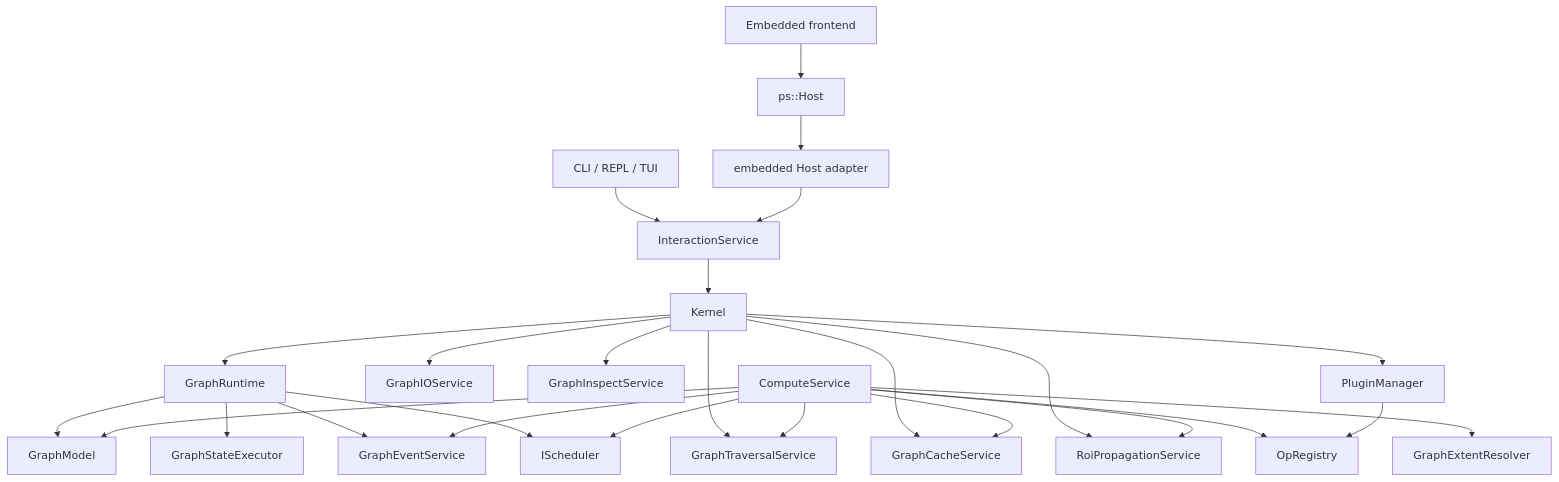
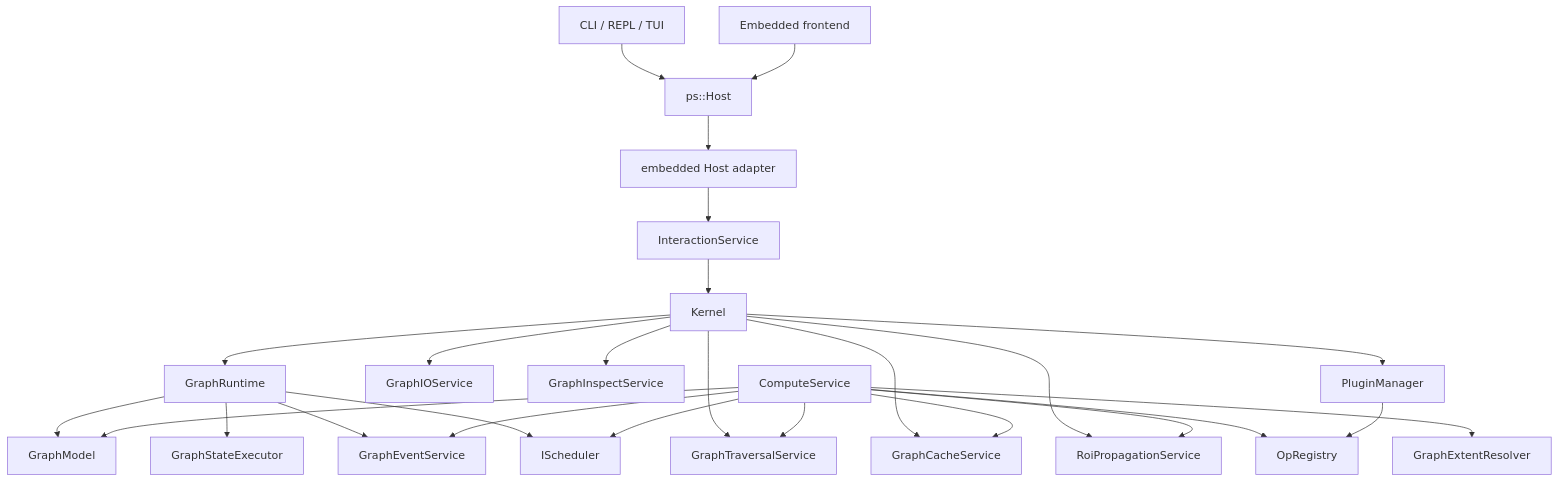
One commit to kevin-zf1123/photospider changed the diagram in docs/kernel-architecture/Overview.md. Above: the diagram before and after it, drawn with Mermaid. The commit also changed other lines of this file and 53 other files, not shown here.

````diff
--- a/docs/kernel-architecture/Overview.md
+++ b/docs/kernel-architecture/Overview.md
@@ -75,32 +75,32 @@
 ```mermaid
 graph TD
-    CLI["CLI / REPL / TUI"] --> InteractionService
+    CLI["CLI / REPL / TUI"] --> Host["ps::Host"]
     Frontend["Embedded frontend"] --> Host["ps::Host"]
     Host --> EmbeddedHost["embedded Host adapter"]
     EmbeddedHost --> InteractionService
     InteractionService --> Kernel
 
     Kernel --> GraphRuntime
     Kernel --> GraphIOService
     Kernel --> GraphTraversalService
     Kernel --> GraphCacheService
     Kernel --> GraphInspectService
     Kernel --> RoiPropagationService
     Kernel --> PluginManager
 
     GraphRuntime --> GraphModel
     GraphRuntime --> GraphStateExecutor
     GraphRuntime --> GraphEventService
     GraphRuntime --> IScheduler
 
     ComputeService --> GraphModel
     ComputeService --> GraphTraversalService
     ComputeService --> RoiPropagationService
     ComputeService --> GraphExtentResolver
     ComputeService --> GraphCacheService
     ComputeService --> GraphEventService
     ComputeService --> OpRegistry
     ComputeService --> IScheduler
 
     PluginManager --> OpRegistry
 ```
````
